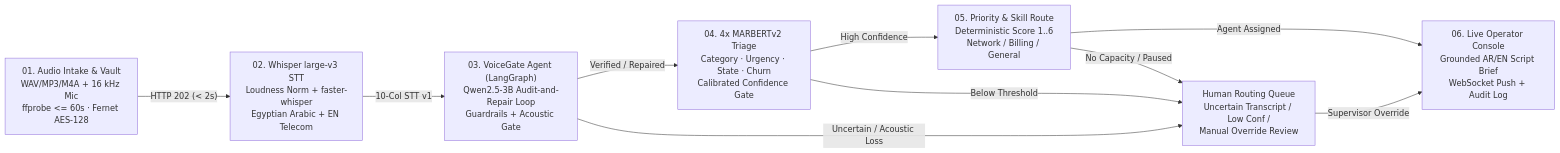
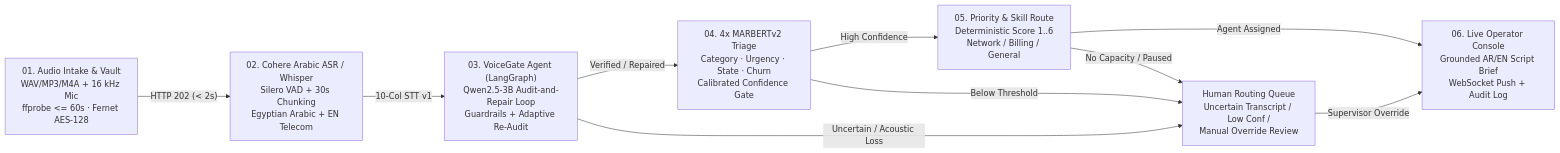
The diagram in README.md (hazemelerefey/smart-voicemail-router), drawn with Mermaid before and after one commit. The commit also changed other lines of this file and 43 other files, not shown here.

Commit message:
feat(svr): upgrade to Cohere Arabic INT8, VoiceGate Cognitive Memory Orchestrator, and local accounts guide

````diff
--- a/README.md
+++ b/README.md
@@ -117,20 +117,20 @@
 ```mermaid
 flowchart LR
     S1["01. Audio Intake & Vault<br/>WAV/MP3/M4A + 16 kHz Mic<br/>ffprobe <= 60s · Fernet AES-128"]
-    S2["02. Whisper large-v3 STT<br/>Loudness Norm + faster-whisper<br/>Egyptian Arabic + EN Telecom"]
-    S3["03. VoiceGate Agent (LangGraph)<br/>Qwen2.5-3B Audit-and-Repair Loop<br/>Guardrails + Acoustic Gate"]
+    S2["02. Cohere Arabic ASR / Whisper<br/>Silero VAD + 30s Chunking<br/>Egyptian Arabic + EN Telecom"]
+    S3["03. VoiceGate Agent (LangGraph)<br/>Qwen2.5-3B Audit-and-Repair Loop<br/>Guardrails + Adaptive Re-Audit"]
     S4["04. 4x MARBERTv2 Triage<br/>Category · Urgency · State · Churn<br/>Calibrated Confidence Gate"]
     S5["05. Priority & Skill Route<br/>Deterministic Score 1..6<br/>Network / Billing / General"]
     S6["06. Live Operator Console<br/>Grounded AR/EN Script Brief<br/>WebSocket Push + Audit Log"]
     HR["Human Routing Queue<br/>Uncertain Transcript / Low Conf /<br/>Manual Override Review"]
 
     S1 -->|"HTTP 202 (< 2s)"| S2
     S2 -->|"10-Col STT v1"| S3
     S3 -->|"Verified / Repaired"| S4
     S3 -->|"Uncertain / Acoustic Loss"| HR
     S4 -->|"High Confidence"| S5
     S4 -->|"Below Threshold"| HR
     S5 -->|"Agent Assigned"| S6
     S5 -->|"No Capacity / Paused"| HR
     HR -->|"Supervisor Override"| S6
 ```
````
